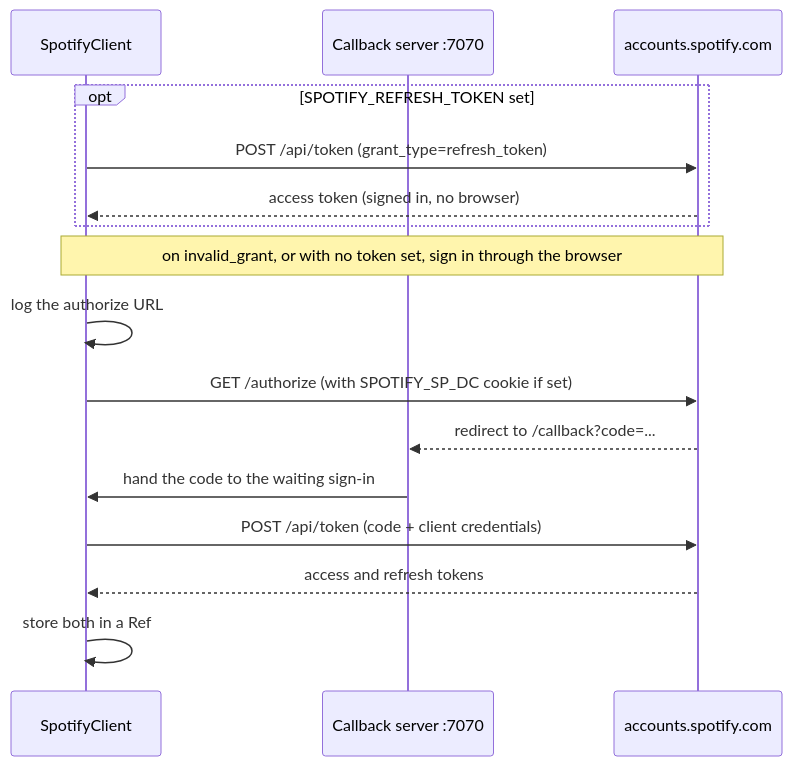
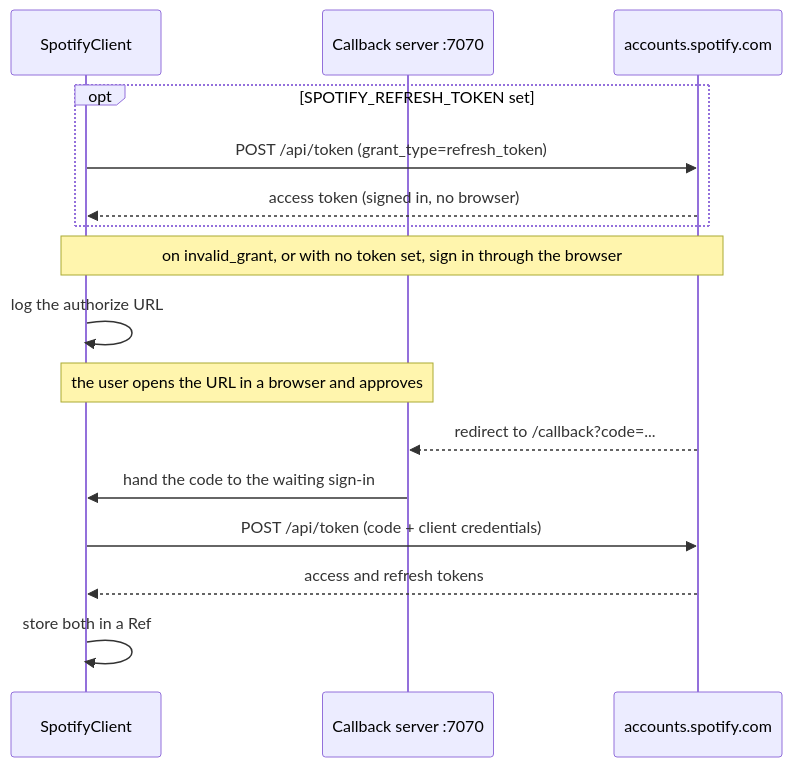
The first of 3 diagrams in docs/how-it-works.md (LorenzoPrinsloo/spotify-hue-sync), drawn with Mermaid before and after one commit. The commit also changed other lines of this file and 9 other files, not shown here.

Commit message:
Remove the sp_dc cookie sign-in in favour of the browser flow

````diff
--- a/docs/how-it-works.md
+++ b/docs/how-it-works.md
@@ -9,19 +9,19 @@
 ```mermaid
 sequenceDiagram
     participant App as SpotifyClient
     participant CB as Callback server :7070
     participant Acc as accounts.spotify.com
 
     opt SPOTIFY_REFRESH_TOKEN set
         App->>Acc: POST /api/token (grant_type=refresh_token)
         Acc-->>App: access token (signed in, no browser)
     end
     Note over App,Acc: on invalid_grant, or with no token set, sign in through the browser
     App->>App: log the authorize URL
-    App->>Acc: GET /authorize (with SPOTIFY_SP_DC cookie if set)
+    Note over App,CB: the user opens the URL in a browser and approves
     Acc-->>CB: redirect to /callback?code=...
     CB->>App: hand the code to the waiting sign-in
     App->>Acc: POST /api/token (code + client credentials)
     Acc-->>App: access and refresh tokens
     App->>App: store both in a Ref
 ```
````
